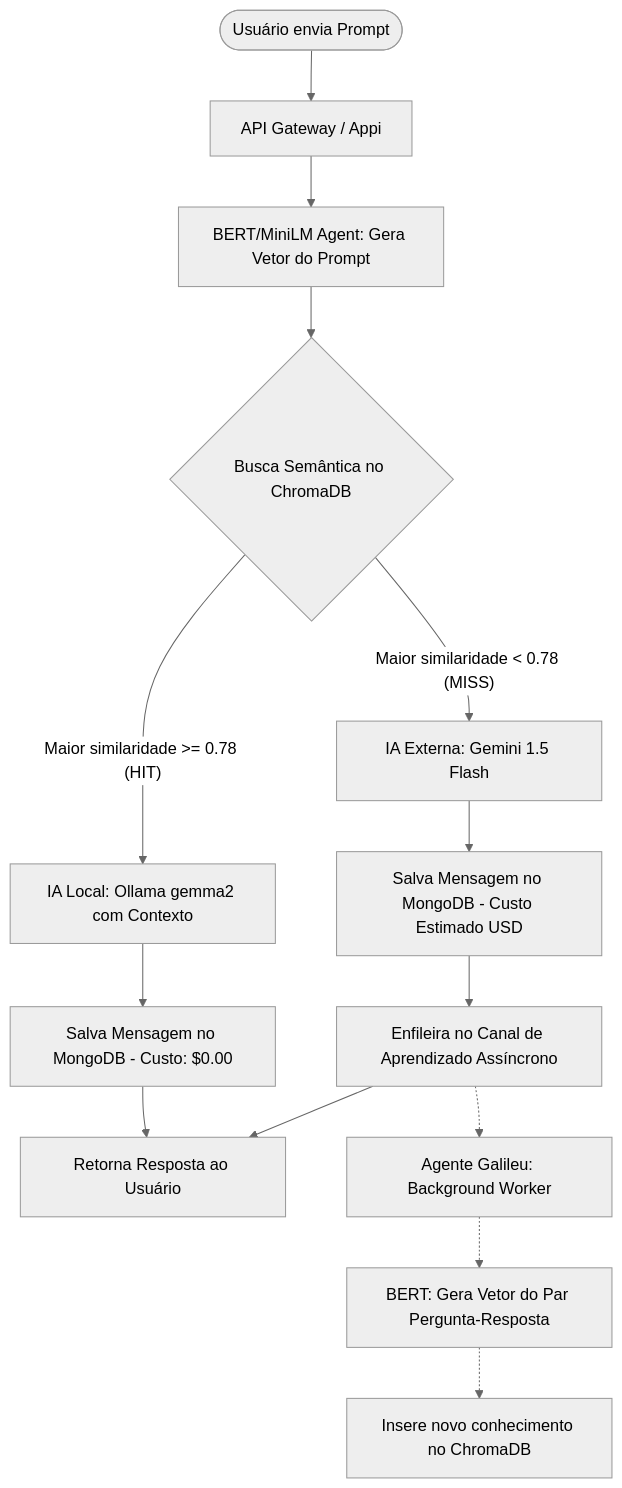
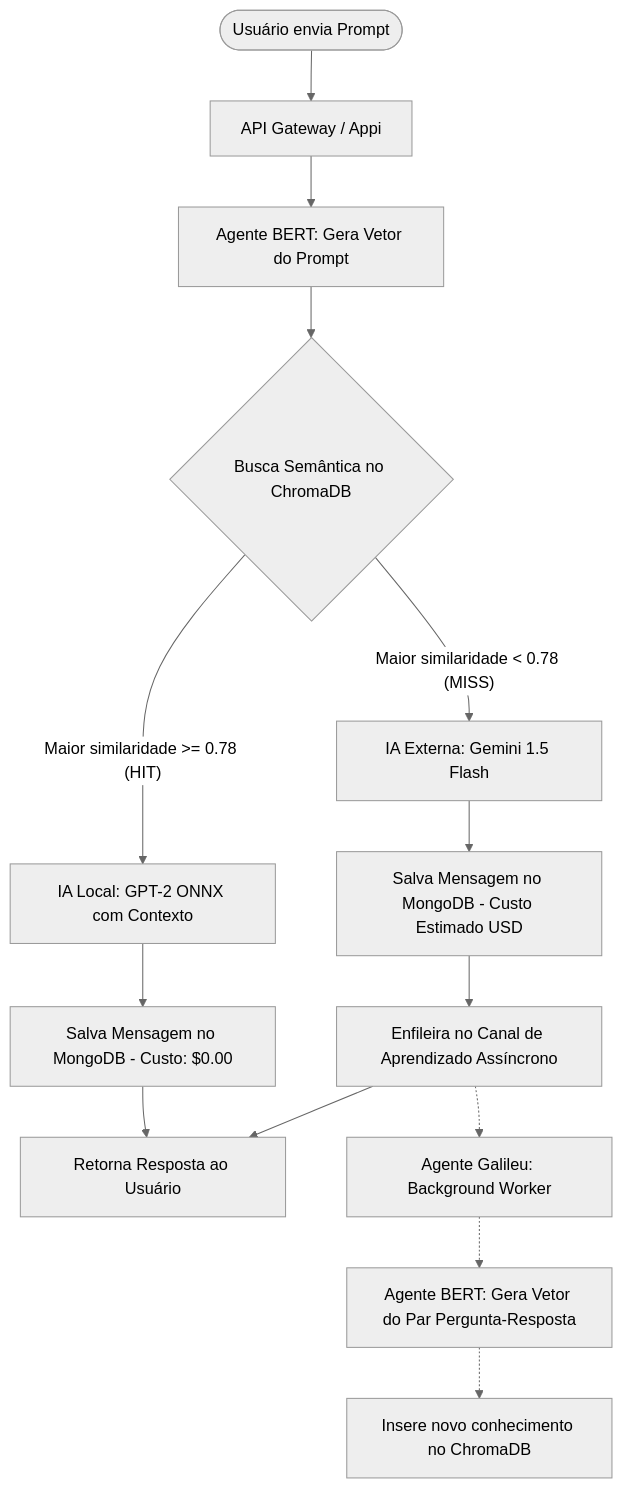
Before and after one commit to LuckArkman/MimicAI: the diagram in README.md, drawn with Mermaid (neutral theme). The commit also changed other lines of this file and 210 other files, not shown here.

````diff
--- a/README.md
+++ b/README.md
@@ -17,20 +17,20 @@
 ```mermaid
 graph TD
     User([Usuário envia Prompt]) --> API[API Gateway / Appi]
-    API --> Embed[BERT/MiniLM Agent: Gera Vetor do Prompt]
+    API --> Embed[Agente BERT: Gera Vetor do Prompt]
     Embed --> ChromaDB{Busca Semântica no ChromaDB}
     
-    ChromaDB -- "Maior similaridade >= 0.78 (HIT)" --> LocalLLM[IA Local: Ollama gemma2 com Contexto]
+    ChromaDB -- "Maior similaridade >= 0.78 (HIT)" --> LocalLLM[IA Local: GPT-2 ONNX com Contexto]
     LocalLLM --> SaveMongoLocal[Salva Mensagem no MongoDB - Custo: $0.00]
     SaveMongoLocal --> UserResponse[Retorna Resposta ao Usuário]
     
     ChromaDB -- "Maior similaridade < 0.78 (MISS)" --> Gemini[IA Externa: Gemini 1.5 Flash]
     Gemini --> SaveMongoGemini[Salva Mensagem no MongoDB - Custo Estimado USD]
     SaveMongoGemini --> EnqueueChannel[Enfileira no Canal de Aprendizado Assíncrono]
     EnqueueChannel --> UserResponse
     
     %% Background Job
     EnqueueChannel -.-> GalileuWorker[Agente Galileu: Background Worker]
-    GalileuWorker -.-> IngestEmbed[ BERT: Gera Vetor do Par Pergunta-Resposta ]
+    GalileuWorker -.-> IngestEmbed[ Agente BERT: Gera Vetor do Par Pergunta-Resposta ]
     IngestEmbed -.-> ChromaAdd[Insere novo conhecimento no ChromaDB]
 ```
````
